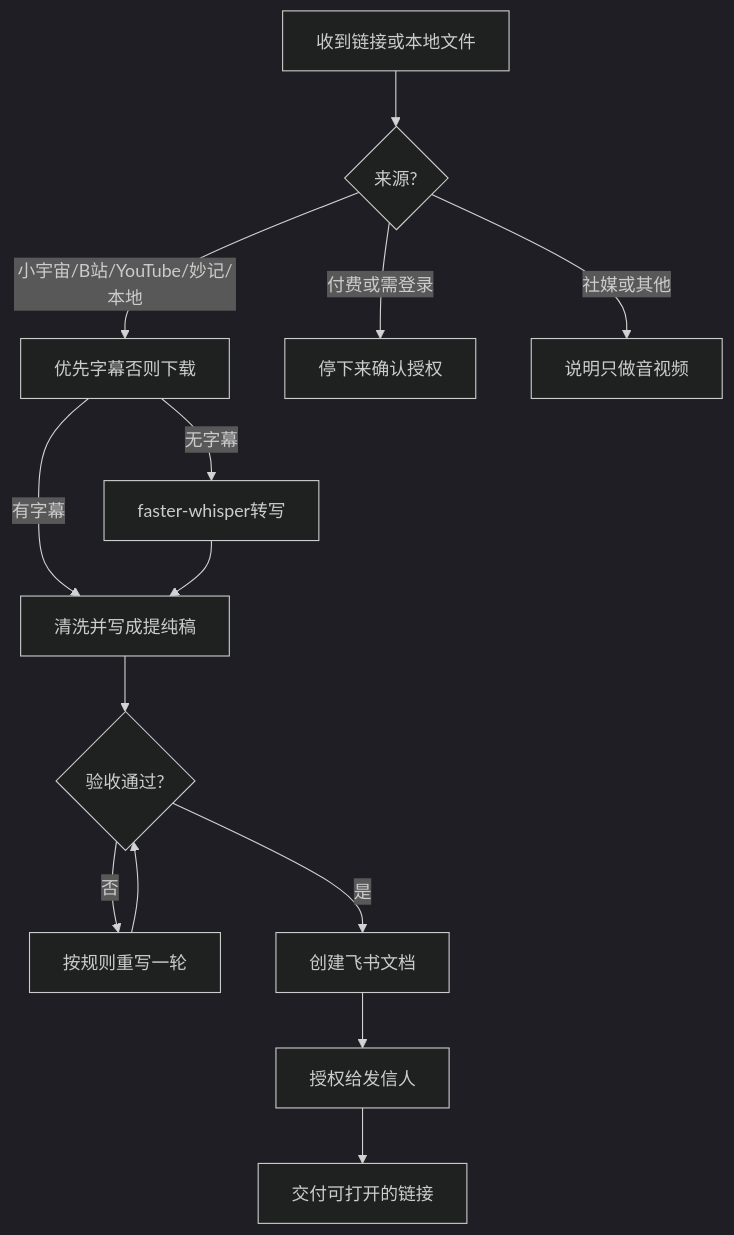
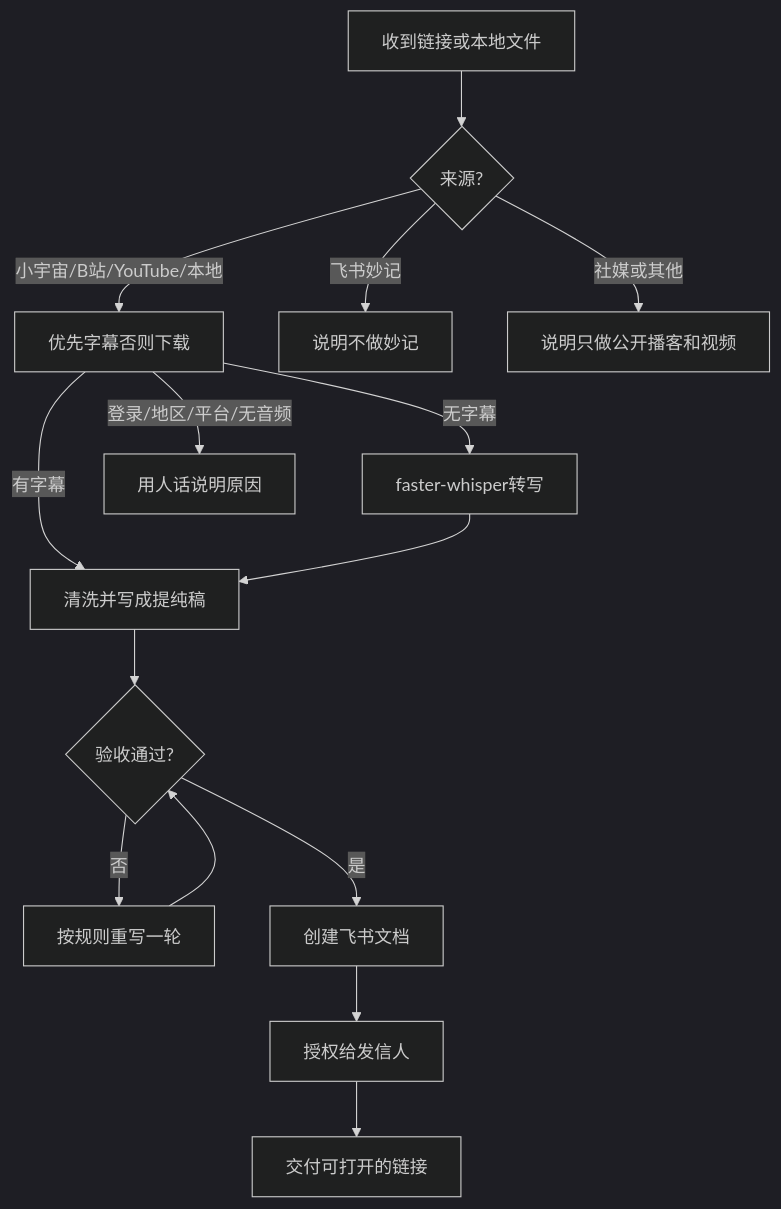
One commit to sbguangha/xiaod-langgraph changed the diagram in docs/03-流程图.md. Above: the diagram before and after it, drawn with Mermaid (dark theme). The commit also changed other lines of this file and 16 other files, not shown here.

First line of the commit message:
fix: refuse Feishu minutes and drop unused social collection

````diff
--- a/docs/03-流程图.md
+++ b/docs/03-流程图.md
@@ -3,16 +3,17 @@
 ```mermaid
 flowchart TD
   start[收到链接或本地文件] --> classify{来源?}
-  classify -->|小宇宙/B站/YouTube/妙记/本地| fetch[优先字幕否则下载]
-  classify -->|付费或需登录| humanPay[停下来确认授权]
-  classify -->|社媒或其他| humanOut[说明只做音视频]
+  classify -->|小宇宙/B站/YouTube/本地| fetch[优先字幕否则下载]
+  classify -->|飞书妙记| refuseMinutes[说明不做妙记]
+  classify -->|社媒或其他| humanOut[说明只做公开播客和视频]
   fetch -->|有字幕| purify[清洗并写成提纯稿]
   fetch -->|无字幕| asr[faster-whisper转写]
+  fetch -->|登录/地区/平台/无音频| failDownload[用人话说明原因]
   asr --> purify
   purify --> qa{验收通过?}
   qa -->|否| rewrite[按规则重写一轮]
   rewrite --> qa
   qa -->|是| doc[创建飞书文档]
   doc --> acl[授权给发信人]
   acl --> deliver[交付可打开的链接]
 ```
````
